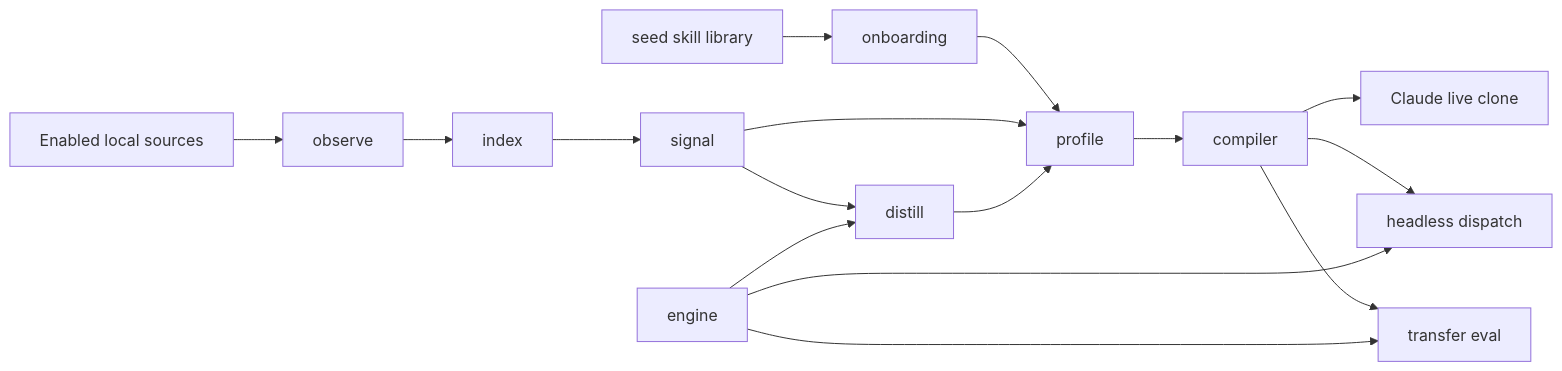
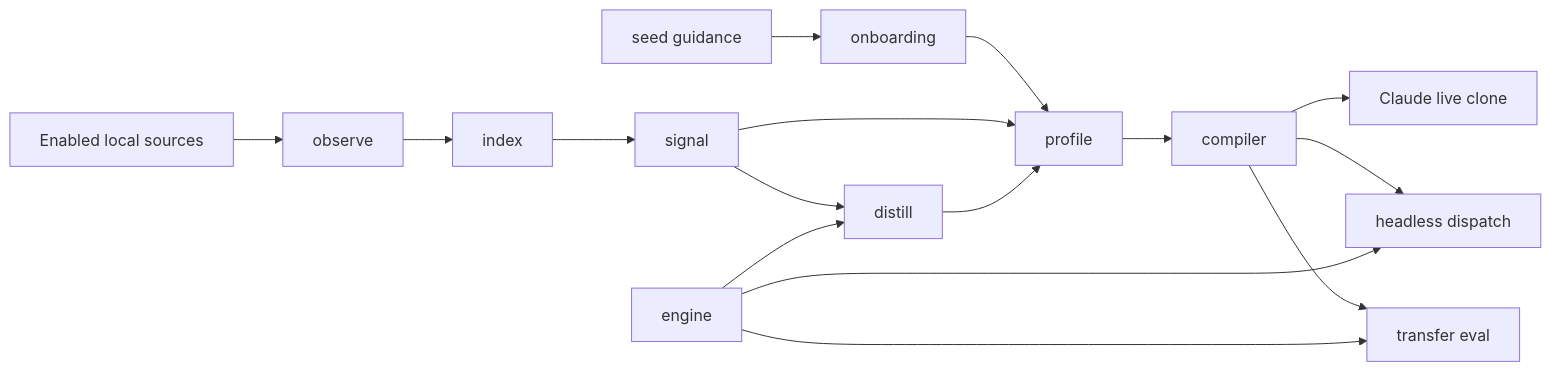
Before and after one commit to theonly1me/shadowclone: the diagram in docs/architecture/README.md, drawn with Mermaid. The commit also changed other lines of this file and 13 other files, not shown here.

````diff
--- a/docs/architecture/README.md
+++ b/docs/architecture/README.md
@@ -25,18 +25,18 @@
 ```mermaid
 flowchart LR
-    Skills[seed skill library] --> Onboarding[onboarding]
+    Guidance[seed guidance] --> Onboarding[onboarding]
     Onboarding --> Profile[profile]
     Sources[Enabled local sources] --> Observe[observe]
     Observe --> Index[index]
     Index --> Signal[signal]
     Signal --> Profile[profile]
     Signal --> Distill[distill]
     Engine[engine] --> Distill
     Distill --> Profile
     Profile --> Compiler[compiler]
     Compiler --> Live[Claude live clone]
     Compiler --> Dispatch[headless dispatch]
     Compiler --> Eval[transfer eval]
     Engine --> Dispatch
     Engine --> Eval
 ```
````
